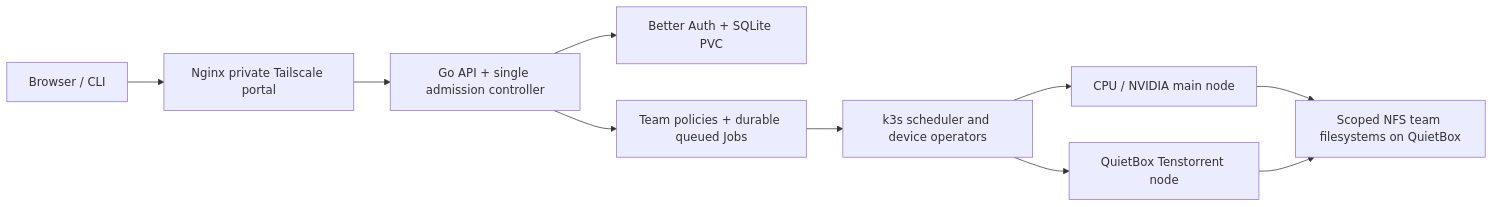
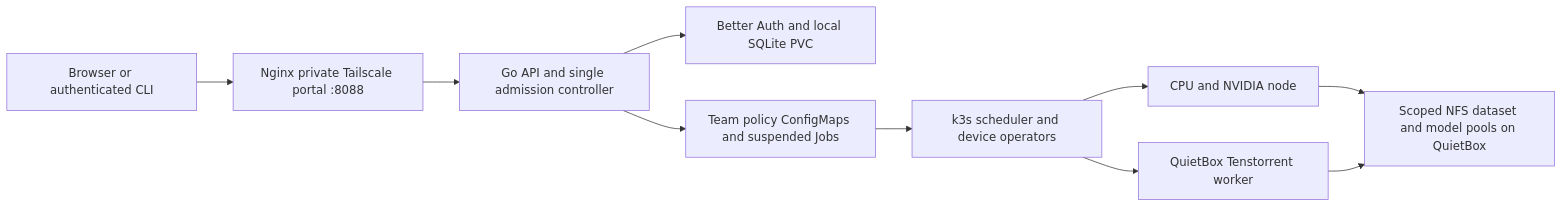
One commit to UTMIST/Mist changed the diagram in docs/architecture.md. Above: the diagram before and after it, drawn with Mermaid. The commit also changed other lines of this file and 99 other files, not shown here.

````diff
--- a/docs/architecture.md
+++ b/docs/architecture.md
@@ -7,12 +7,12 @@
 ```mermaid
 flowchart LR
-    Web[Browser / CLI] --> Portal[Nginx private Tailscale portal]
-    Portal --> API[Go API + single admission controller]
-    API --> Auth[Better Auth + SQLite PVC]
-    API --> State[Team policies + durable queued Jobs]
+    Client[Browser or authenticated CLI] --> Portal[Nginx private Tailscale portal :8088]
+    Portal --> API[Go API and single admission controller]
+    API --> Auth[Better Auth and local SQLite PVC]
+    API --> State[Team policy ConfigMaps and suspended Jobs]
     State --> K8s[k3s scheduler and device operators]
-    K8s --> Main[CPU / NVIDIA main node]
-    K8s --> TT[QuietBox Tenstorrent node]
-    Main --> Store[Scoped NFS team filesystems on QuietBox]
+    K8s --> Main[CPU and NVIDIA node]
+    K8s --> TT[QuietBox Tenstorrent worker]
+    Main --> Store[Scoped NFS dataset and model pools on QuietBox]
     TT --> Store
 ```
````
